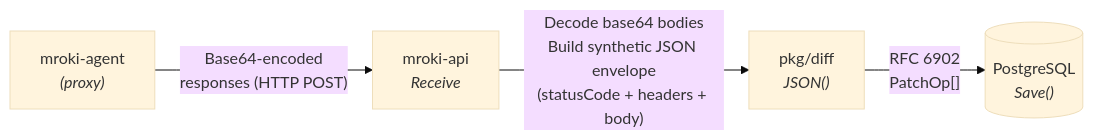
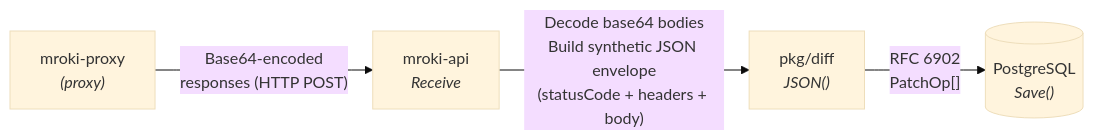
The first of 2 diagrams in docs/architecture/DIFF_ANALYSIS.md (pedrobarco/mroki), drawn with Mermaid (base theme) before and after one commit. The commit also changed other lines of this file and 32 other files, not shown here.

First line of the commit message:
refactor: rename mroki-agent to mroki-proxy

````diff
--- a/docs/architecture/DIFF_ANALYSIS.md
+++ b/docs/architecture/DIFF_ANALYSIS.md
@@ -49,6 +49,6 @@
 ```mermaid
 graph LR
-    Agent["mroki-agent<br><i>(proxy)</i>"] -->|"Base64-encoded<br>responses (HTTP POST)"| API["mroki-api<br><i>Receive</i>"]
+    Proxy["mroki-proxy<br><i>(proxy)</i>"] -->|"Base64-encoded<br>responses (HTTP POST)"| API["mroki-api<br><i>Receive</i>"]
     API -->|"Decode base64 bodies<br>Build synthetic JSON envelope<br>(statusCode + headers + body)"| Diff["pkg/diff<br><i>JSON()</i>"]
     Diff -->|"RFC 6902<br>PatchOp[]"| DB[("PostgreSQL<br><i>Save()</i>")]
 ```
````
